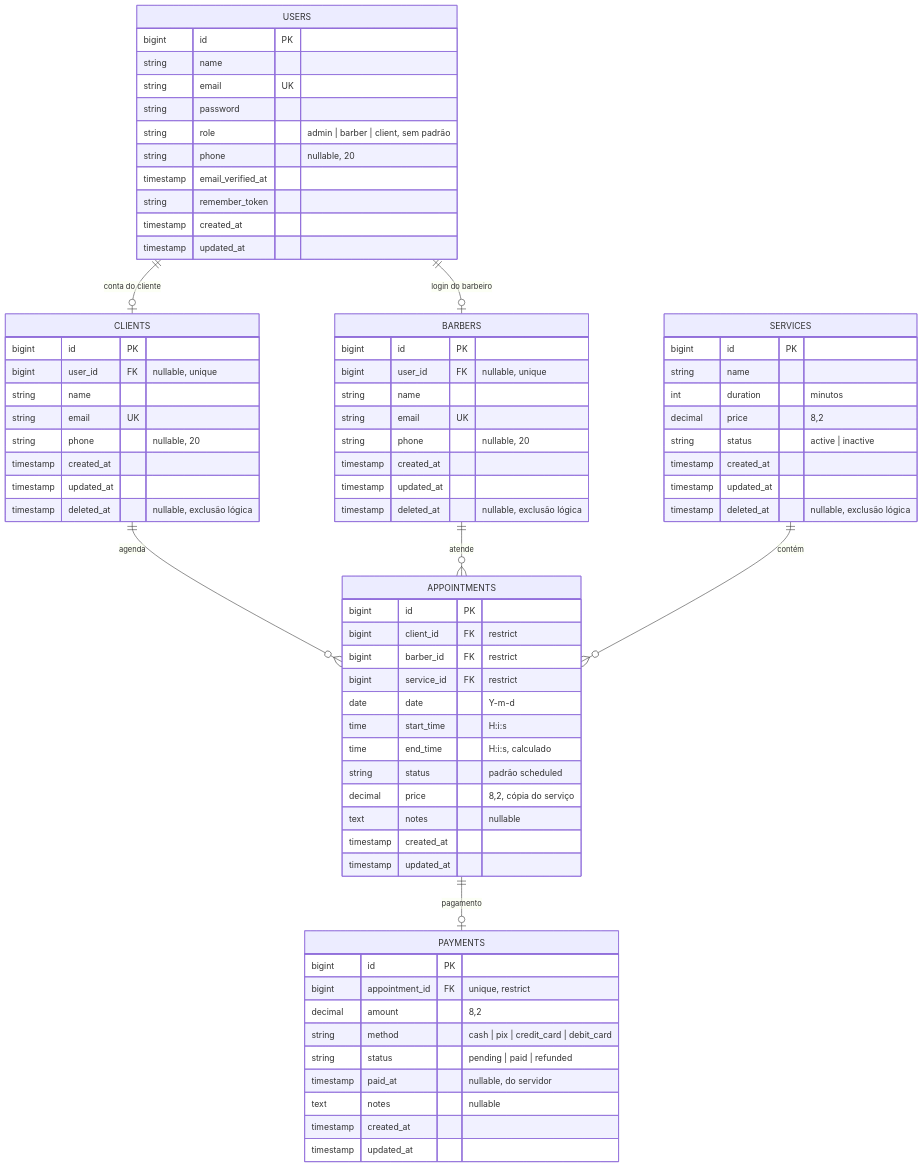
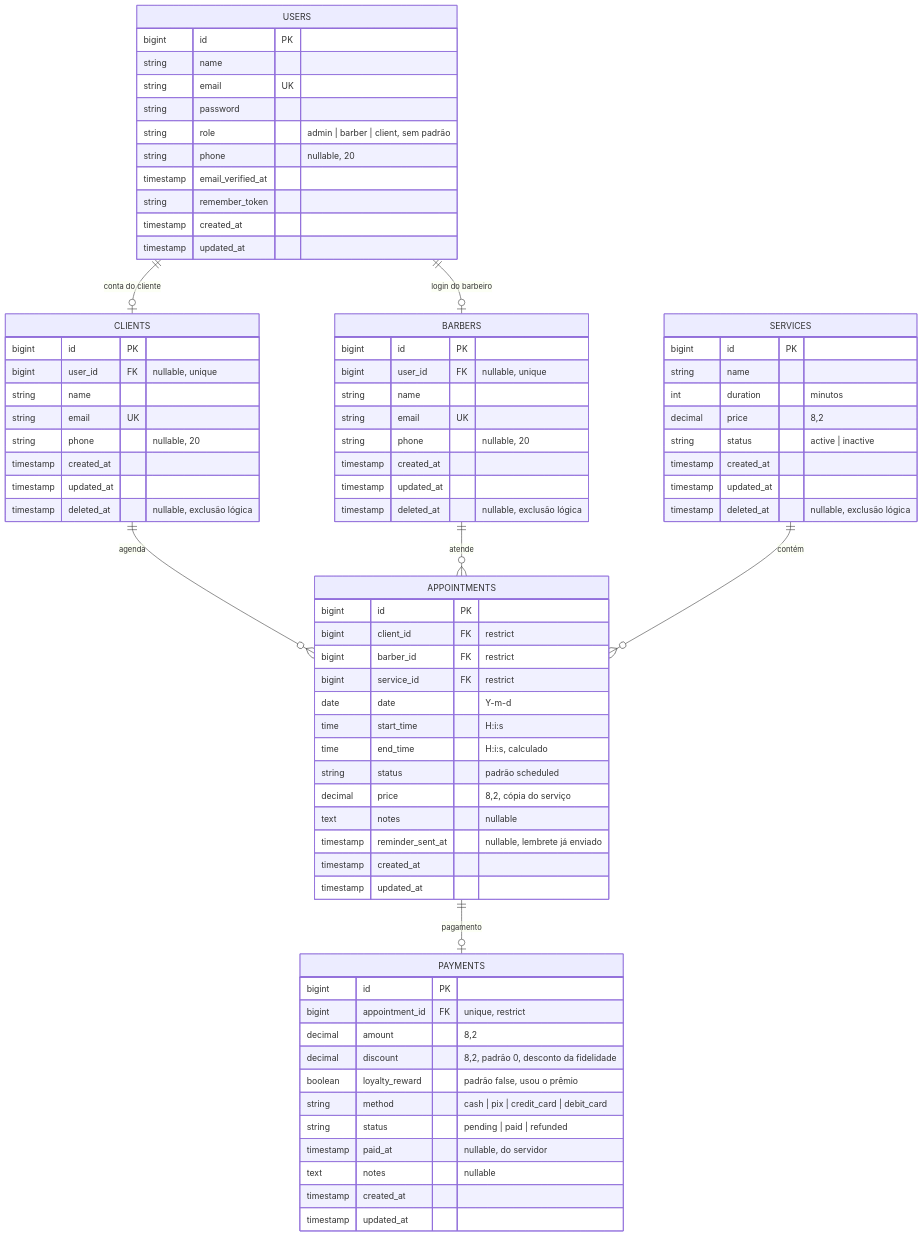
One commit to josecoene/barber-shop changed the diagram in docs/ARQUITETURA.md. Above: the diagram before and after it, drawn with Mermaid. The commit also changed other lines of this file and 4 other files, not shown here.

````diff
--- a/docs/ARQUITETURA.md
+++ b/docs/ARQUITETURA.md
@@ -300,76 +371,79 @@
 ```mermaid
 erDiagram
     USERS ||--o| BARBERS : "login do barbeiro"
     USERS ||--o| CLIENTS : "conta do cliente"
     CLIENTS ||--o{ APPOINTMENTS : agenda
     BARBERS ||--o{ APPOINTMENTS : atende
     SERVICES ||--o{ APPOINTMENTS : contém
     APPOINTMENTS ||--o| PAYMENTS : "pagamento"
     PAYMENTS {
         bigint id PK
         bigint appointment_id FK "unique, restrict"
         decimal amount "8,2"
+        decimal discount "8,2, padrão 0, desconto da fidelidade"
+        boolean loyalty_reward "padrão false, usou o prêmio"
         string method "cash | pix | credit_card | debit_card"
         string status "pending | paid | refunded"
         timestamp paid_at "nullable, do servidor"
         text notes "nullable"
         timestamp created_at
         timestamp updated_at
     }
     APPOINTMENTS {
         bigint id PK
         bigint client_id FK "restrict"
         bigint barber_id FK "restrict"
         bigint service_id FK "restrict"
         date date "Y-m-d"
         time start_time "H:i:s"
         time end_time "H:i:s, calculado"
         string status "padrão scheduled"
         decimal price "8,2, cópia do serviço"
         text notes "nullable"
+        timestamp reminder_sent_at "nullable, lembrete já enviado"
         timestamp created_at
         timestamp updated_at
     }
     SERVICES {
         bigint id PK
         string name
         int duration "minutos"
         decimal price "8,2"
         string status "active | inactive"
         timestamp created_at
         timestamp updated_at
         timestamp deleted_at "nullable, exclusão lógica"
     }
     CLIENTS {
         bigint id PK
         bigint user_id FK "nullable, unique"
         string name
         string email UK
         string phone "nullable, 20"
         timestamp created_at
         timestamp updated_at
         timestamp deleted_at "nullable, exclusão lógica"
     }
     BARBERS {
         bigint id PK
         bigint user_id FK "nullable, unique"
         string name
         string email UK
         string phone "nullable, 20"
         timestamp created_at
         timestamp updated_at
         timestamp deleted_at "nullable, exclusão lógica"
     }
     USERS {
         bigint id PK
         string name
         string email UK
         string password
         string role "admin | barber | client, sem padrão"
         string phone "nullable, 20"
         timestamp email_verified_at
         string remember_token
         timestamp created_at
         timestamp updated_at
     }
 ```
````
